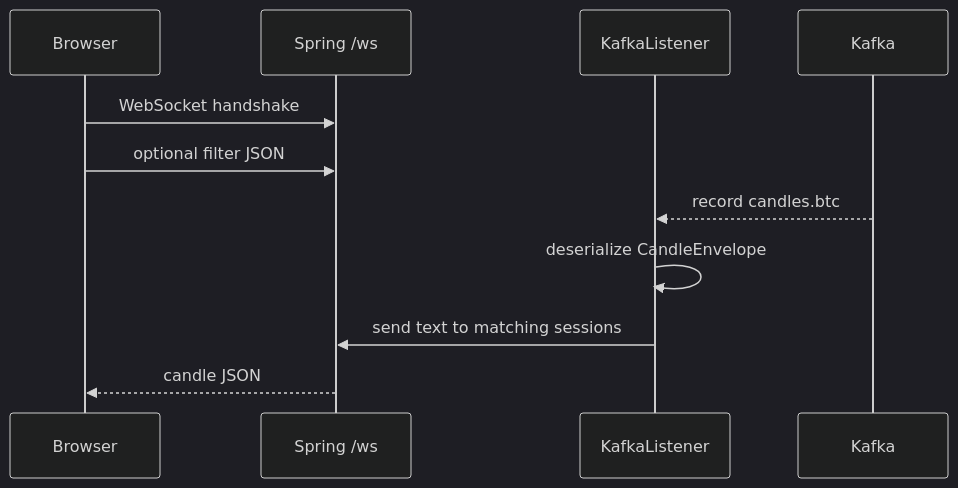
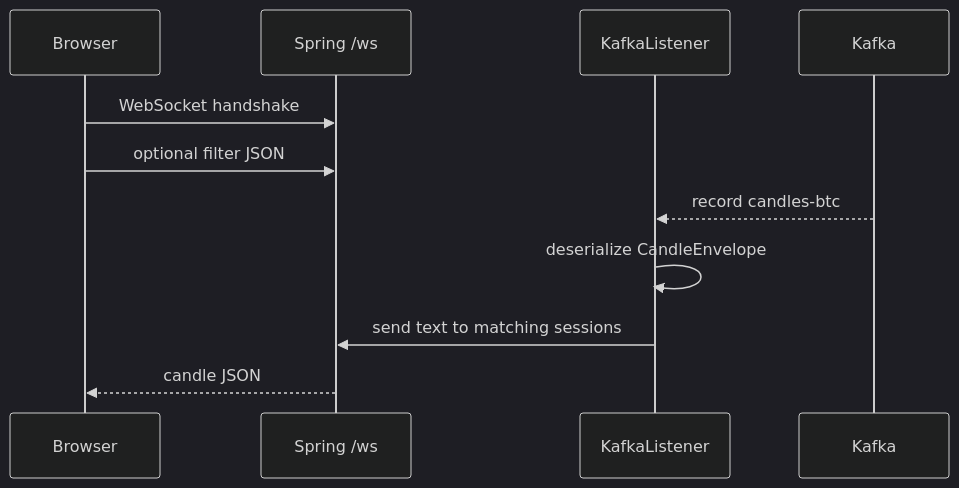
One commit to shehan-jayasinghe/ai_trading_bots changed the second of 3 diagrams in docs/architecture/springboot/websocket/springboot-kafka-websocket.md. Above: the diagram before and after it, drawn with Mermaid (dark theme). The commit also changed other lines of this file and 9 other files, not shown here.

````diff
--- a/docs/architecture/springboot/websocket/springboot-kafka-websocket.md
+++ b/docs/architecture/springboot/websocket/springboot-kafka-websocket.md
@@ -106,14 +106,14 @@
 ```mermaid
 sequenceDiagram
   participant UI as Browser
   participant WS as Spring /ws
   participant L as KafkaListener
   participant K as Kafka
 
   UI->>WS: WebSocket handshake
   UI->>WS: optional filter JSON
-  K-->>L: record candles.btc
+  K-->>L: record candles-btc
   L->>L: deserialize CandleEnvelope
   L->>WS: send text to matching sessions
   WS-->>UI: candle JSON
 ```
````
